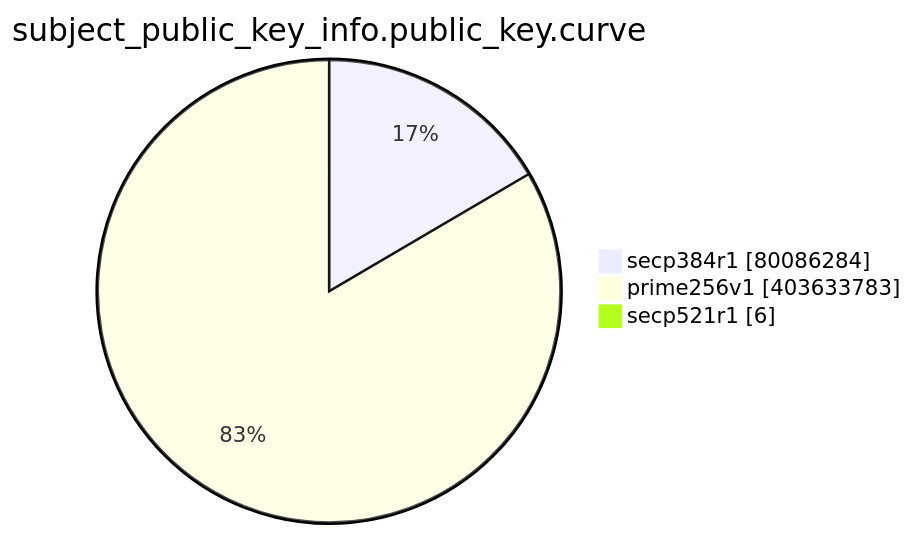
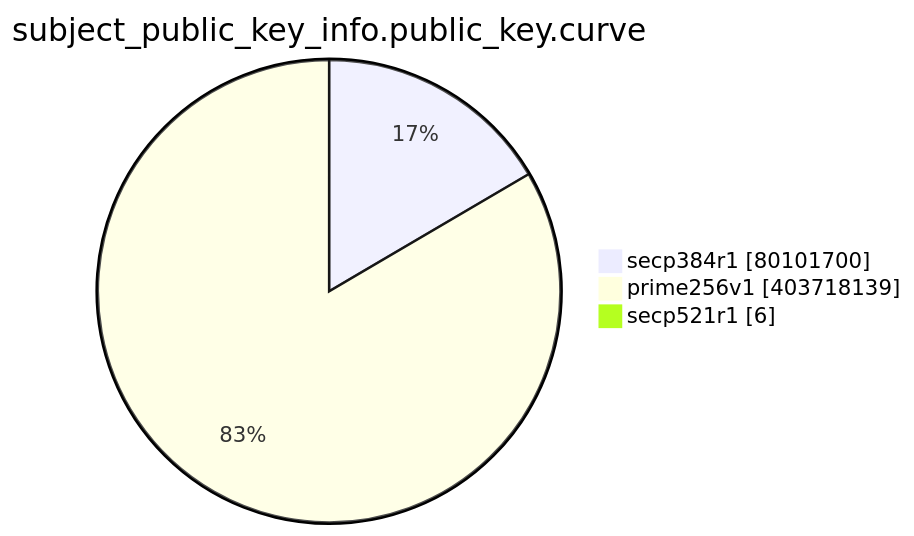
One commit to christiankrug/ctmonitor_visualization changed the eighth of 15 diagrams in TOTAL/README.md. Above: the diagram before and after it, drawn with Mermaid. The commit also changed other lines of this file, not shown here.

````diff
--- a/TOTAL/README.md
+++ b/TOTAL/README.md
@@ -3095,7 +3095,7 @@
 ```mermaid
 pie showData
 title subject_public_key_info.public_key.curve
-"secp384r1" :80086284
-"prime256v1" :403633783
+"secp384r1" :80101700
+"prime256v1" :403718139
 "secp521r1" :6
 ```
````
